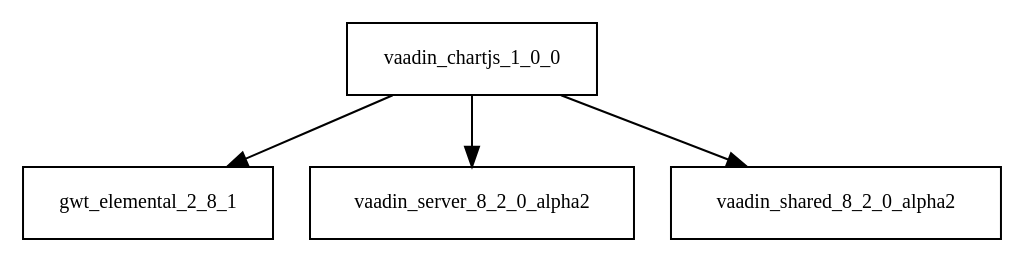
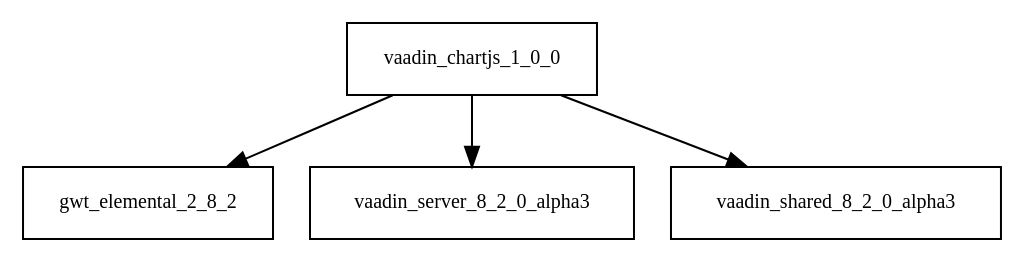
One commit to AglaianWoman/cia changed the diagram in tattleTaleReport/graphviz/vaadin-chartjs-1.0.0.jar/vaadin-chartjs-1.0.0.jar.dot. Above: the diagram before and after it, drawn with Graphviz. The commit also changed 3162 other files, not shown here.

```diff
--- a/tattleTaleReport/graphviz/vaadin-chartjs-1.0.0.jar/vaadin-chartjs-1.0.0.jar.dot
+++ b/tattleTaleReport/graphviz/vaadin-chartjs-1.0.0.jar/vaadin-chartjs-1.0.0.jar.dot
@@ -1,6 +1,6 @@
 digraph vaadin_chartjs_1_0_0_dependencies {
   node [shape = box, fontsize=10.0];
-  vaadin_chartjs_1_0_0 -> gwt_elemental_2_8_1;
-  vaadin_chartjs_1_0_0 -> vaadin_server_8_2_0_alpha2;
-  vaadin_chartjs_1_0_0 -> vaadin_shared_8_2_0_alpha2;
+  vaadin_chartjs_1_0_0 -> gwt_elemental_2_8_2;
+  vaadin_chartjs_1_0_0 -> vaadin_server_8_2_0_alpha3;
+  vaadin_chartjs_1_0_0 -> vaadin_shared_8_2_0_alpha3;
 }
```
